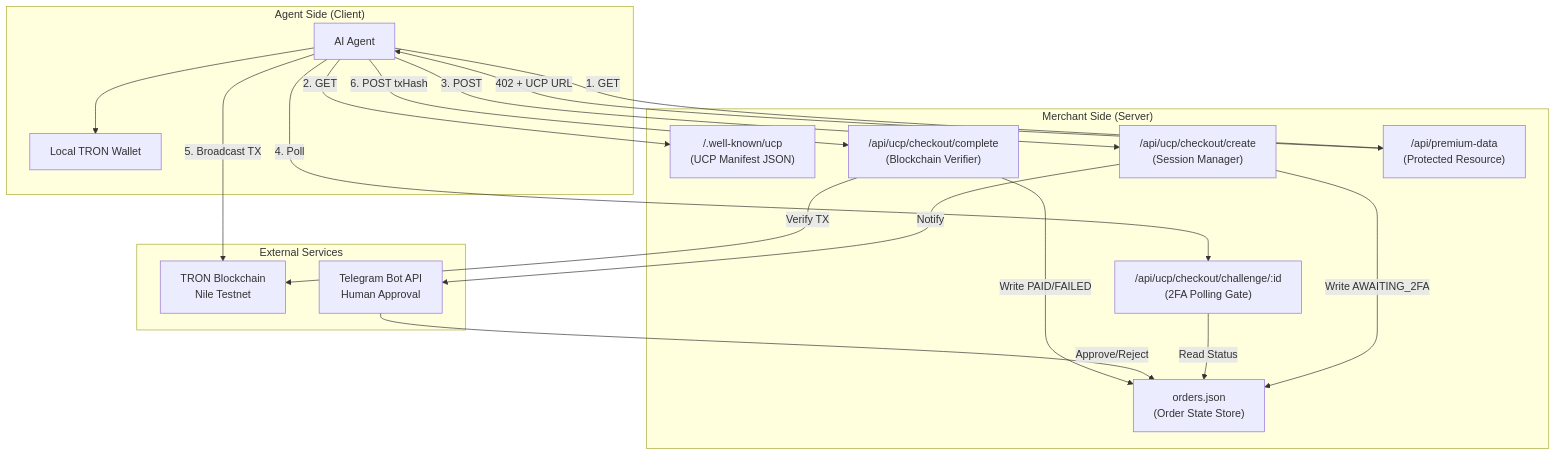
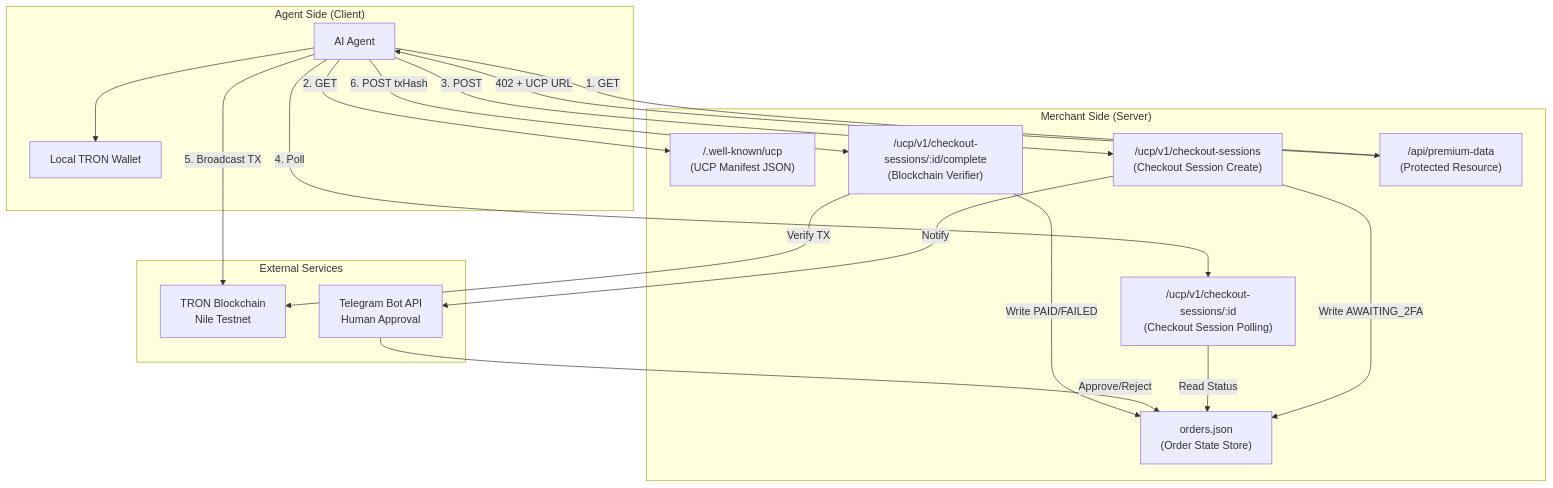
Before and after one commit to aziz1975/tron-ucp-demo: the first of 2 diagrams in README.md, drawn with Mermaid. The commit also changed other lines of this file and 1 other file, not shown here.

````diff
--- a/README.md
+++ b/README.md
@@ -137,34 +137,34 @@
 ```mermaid
 graph TB
     subgraph "Agent Side (Client)"
         A[AI Agent] --> B[Local TRON Wallet]
     end
 
     subgraph "Merchant Side (Server)"
         C["/.well-known/ucp<br/>(UCP Manifest JSON)"]
-        D["/api/ucp/checkout/create<br/>(Session Manager)"]
-        E["/api/ucp/checkout/challenge/:id<br/>(2FA Polling Gate)"]
-        F["/api/ucp/checkout/complete<br/>(Blockchain Verifier)"]
+        D["/ucp/v1/checkout-sessions<br/>(Checkout Session Create)"]
+        E["/ucp/v1/checkout-sessions/:id<br/>(Checkout Session Polling)"]
+        F["/ucp/v1/checkout-sessions/:id/complete<br/>(Blockchain Verifier)"]
         G["/api/premium-data<br/>(Protected Resource)"]
         H["orders.json<br/>(Order State Store)"]
     end
 
     subgraph "External Services"
         I[TRON Blockchain<br/>Nile Testnet]
         J[Telegram Bot API<br/>Human Approval]
     end
 
     A -->|1. GET| G
     G -->|402 + UCP URL| A
     A -->|2. GET| C
     A -->|3. POST| D
     D -->|Notify| J
     D -->|Write AWAITING_2FA| H
     A -->|4. Poll| E
     E -->|Read Status| H
     J -->|Approve/Reject| H
     A -->|5. Broadcast TX| I
     A -->|6. POST txHash| F
     F -->|Verify TX| I
     F -->|Write PAID/FAILED| H
 ```
````
